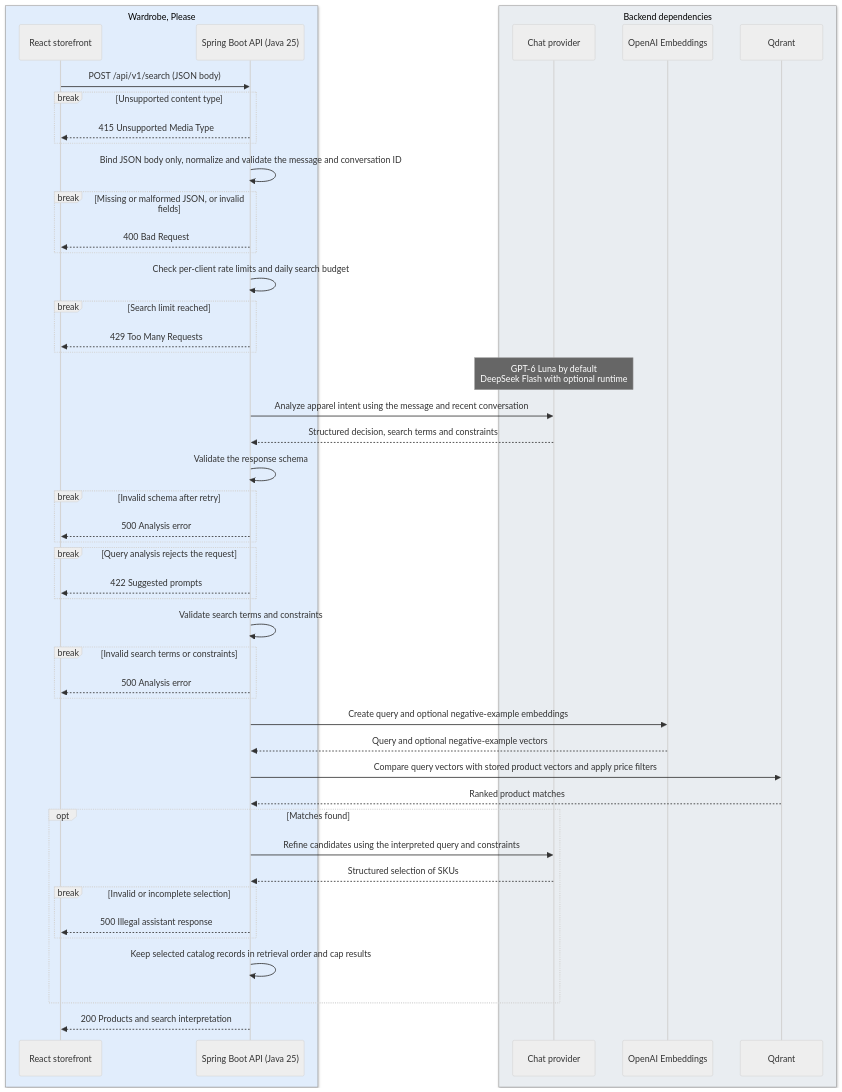
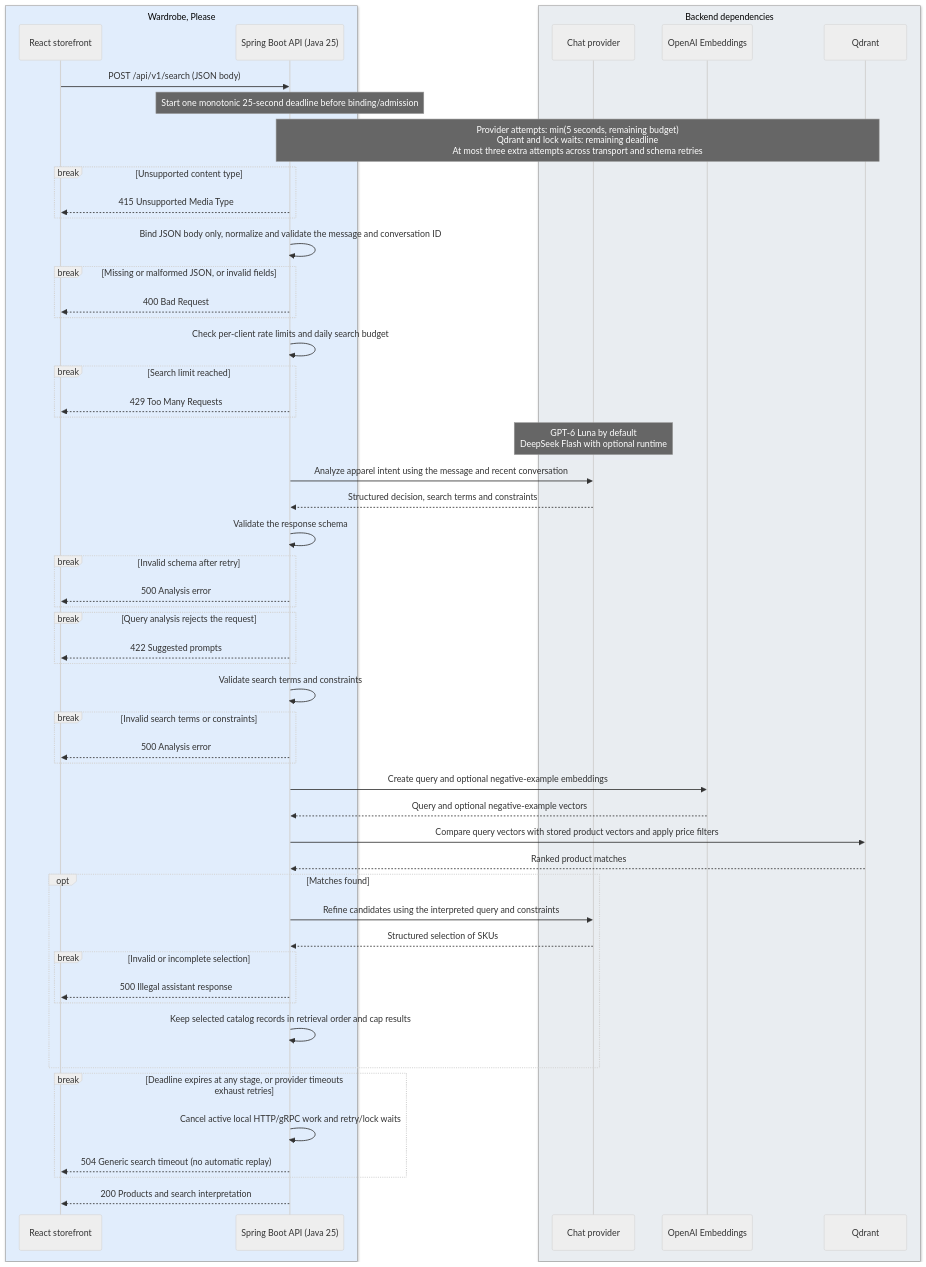
Before and after one commit to vladimirshu/wardrobe-please: the diagram in docs/architecture.md, drawn with Mermaid (neutral theme). The commit also changed other lines of this file and 53 other files, not shown here.

Commit message:
implemented openspec   search-timeout-budget

````diff
--- a/docs/architecture.md
+++ b/docs/architecture.md
@@ -7,58 +7,64 @@
 ```mermaid
 sequenceDiagram
     box rgb(225, 237, 252) Wardrobe, Please
         participant Shop as React storefront
         participant API as Spring Boot API (Java 25)
     end
     box rgb(233, 237, 241) Backend dependencies
         participant Chat as Chat provider
         participant Embed as OpenAI Embeddings
         participant DB as Qdrant
     end
 
     Shop->>API: POST /api/v1/search (JSON body)
+    Note over API: Start one monotonic 25-second deadline before binding/admission
+    Note over API,DB: Provider attempts: min(5 seconds, remaining budget)<br/>Qdrant and lock waits: remaining deadline<br/>At most three extra attempts across transport and schema retries
     break Unsupported content type
         API-->>Shop: 415 Unsupported Media Type
     end
     API->>API: Bind JSON body only, normalize and validate the message and conversation ID
     break Missing or malformed JSON, or invalid fields
         API-->>Shop: 400 Bad Request
     end
 
     API->>API: Check per-client rate limits and daily search budget
     break Search limit reached
         API-->>Shop: 429 Too Many Requests
     end
 
     Note over Chat: GPT-6 Luna by default<br/>DeepSeek Flash with optional runtime
     API->>Chat: Analyze apparel intent using the message and recent conversation
     Chat-->>API: Structured decision, search terms and constraints
 
     API->>API: Validate the response schema
     break Invalid schema after retry
         API-->>Shop: 500 Analysis error
     end
 
     break Query analysis rejects the request
         API-->>Shop: 422 Suggested prompts
     end
 
     API->>API: Validate search terms and constraints
     break Invalid search terms or constraints
         API-->>Shop: 500 Analysis error
     end
 
     API->>Embed: Create query and optional negative-example embeddings
     Embed-->>API: Query and optional negative-example vectors
     API->>DB: Compare query vectors with stored product vectors and apply price filters
     DB-->>API: Ranked product matches
     opt Matches found
         API->>Chat: Refine candidates using the interpreted query and constraints
         Chat-->>API: Structured selection of SKUs
         break Invalid or incomplete selection
             API-->>Shop: 500 Illegal assistant response
         end
         API->>API: Keep selected catalog records in retrieval order and cap results
     end
+    break Deadline expires at any stage, or provider timeouts exhaust retries
+        API->>API: Cancel active local HTTP/gRPC work and retry/lock waits
+        API-->>Shop: 504 Generic search timeout (no automatic replay)
+    end
     API-->>Shop: 200 Products and search interpretation
 ```
````
